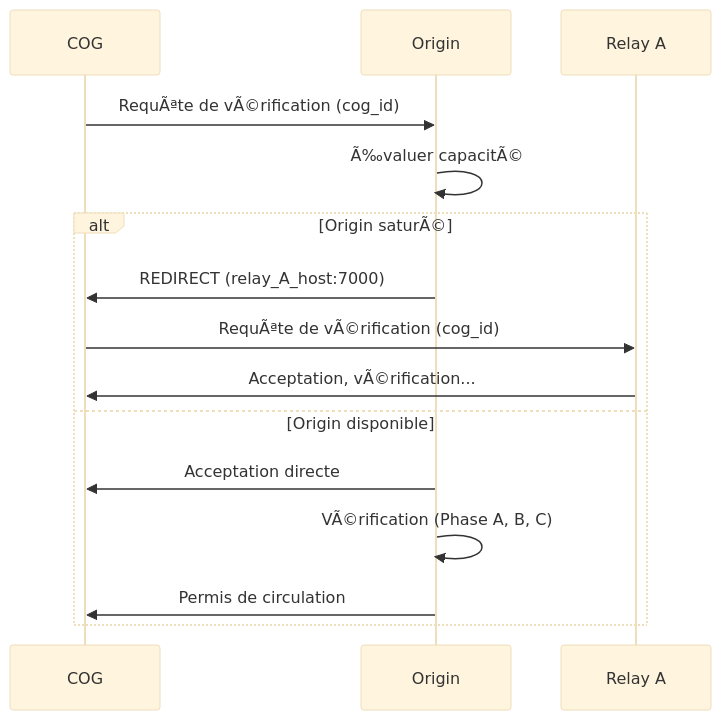
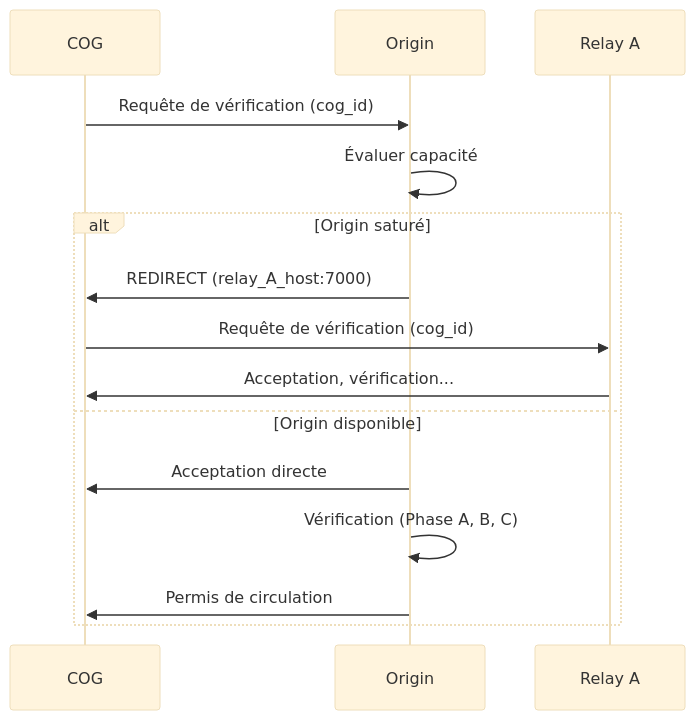
The second of 2 diagrams in docs/miyukini-webway-system/acteurs/MWS - Origin.md (StudioMiyukini/miyukini_cog), drawn with Mermaid (base theme) before and after one commit. The commit also changed other lines of this file and 564 other files, not shown here.

````diff
--- a/docs/miyukini-webway-system/acteurs/MWS - Origin.md
+++ b/docs/miyukini-webway-system/acteurs/MWS - Origin.md
@@ -95,18 +95,18 @@
 ```mermaid
 sequenceDiagram
     participant COG as COG
     participant O as Origin
     participant R as Relay A
 
-    COG->>O: RequÃªte de vÃ©rification (cog_id)
-    O->>O: Ã‰valuer capacitÃ©
-    alt Origin saturÃ©
+    COG->>O: Requête de vérification (cog_id)
+    O->>O: Évaluer capacité
+    alt Origin saturé
         O->>COG: REDIRECT (relay_A_host:7000)
-        COG->>R: RequÃªte de vÃ©rification (cog_id)
-        R->>COG: Acceptation, vÃ©rification...
+        COG->>R: Requête de vérification (cog_id)
+        R->>COG: Acceptation, vérification...
     else Origin disponible
         O->>COG: Acceptation directe
-        O->>O: VÃ©rification (Phase A, B, C)
+        O->>O: Vérification (Phase A, B, C)
         O->>COG: Permis de circulation
     end
 ```
````
